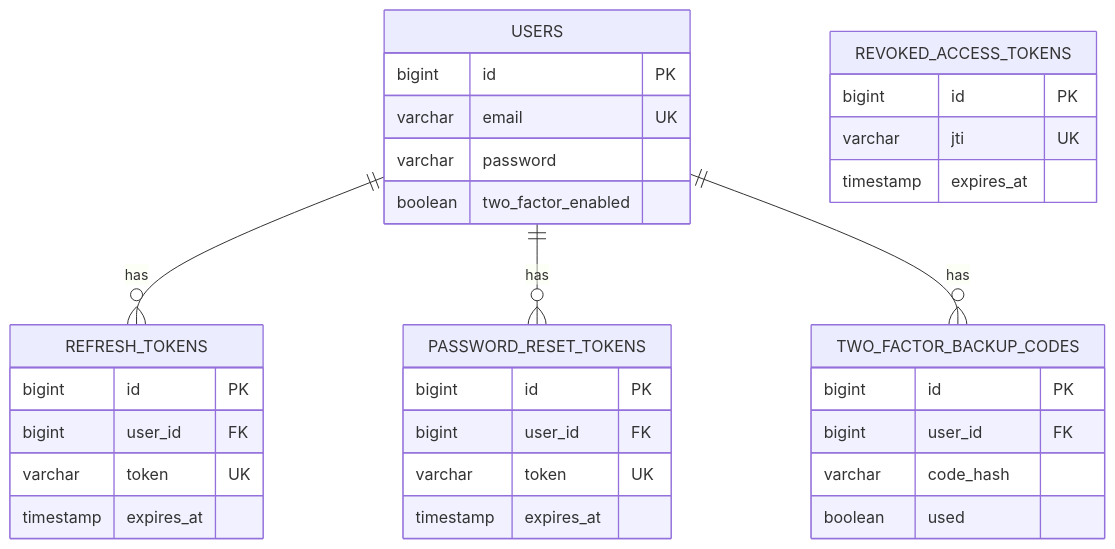
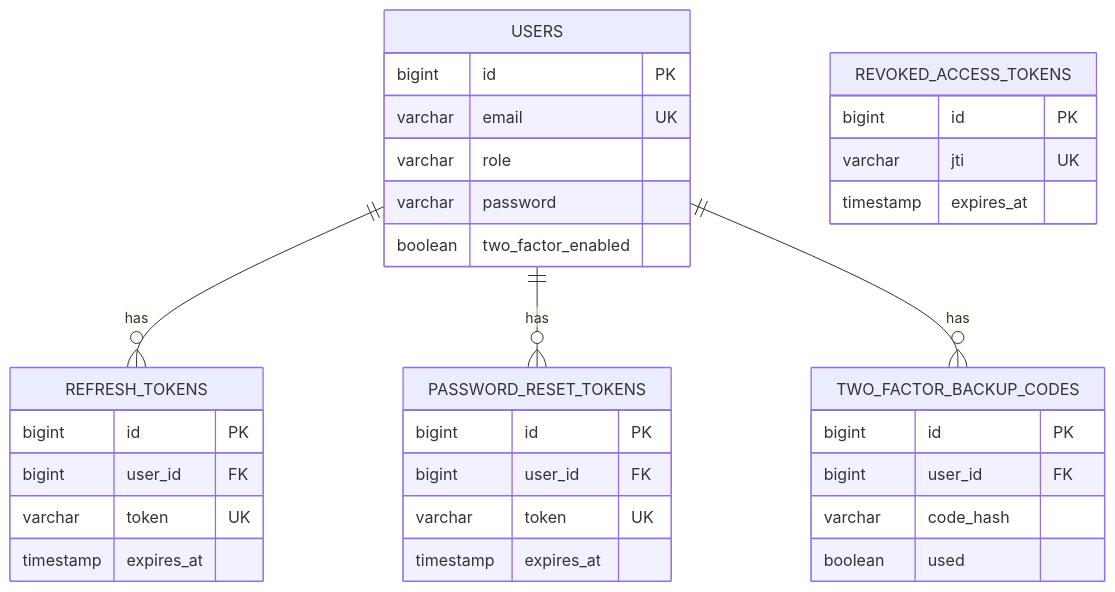
One commit to erikmartinmerisalu/i-love-shopping changed the second of 2 diagrams in README.md. Above: the diagram before and after it, drawn with Mermaid. The commit also changed other lines of this file and 201 other files, not shown here.

````diff
--- a/README.md
+++ b/README.md
@@ -191,36 +293,37 @@
 ```mermaid
 erDiagram
     USERS ||--o{ REFRESH_TOKENS : has
     USERS ||--o{ PASSWORD_RESET_TOKENS : has
     USERS ||--o{ TWO_FACTOR_BACKUP_CODES : has
 
     USERS {
         bigint id PK
         varchar email UK
+        varchar role
         varchar password
         boolean two_factor_enabled
     }
     REFRESH_TOKENS {
         bigint id PK
         bigint user_id FK
         varchar token UK
         timestamp expires_at
     }
     PASSWORD_RESET_TOKENS {
         bigint id PK
         bigint user_id FK
         varchar token UK
         timestamp expires_at
     }
     TWO_FACTOR_BACKUP_CODES {
         bigint id PK
         bigint user_id FK
         varchar code_hash
         boolean used
     }
     REVOKED_ACCESS_TOKENS {
         bigint id PK
         varchar jti UK
         timestamp expires_at
     }
 ```
````
